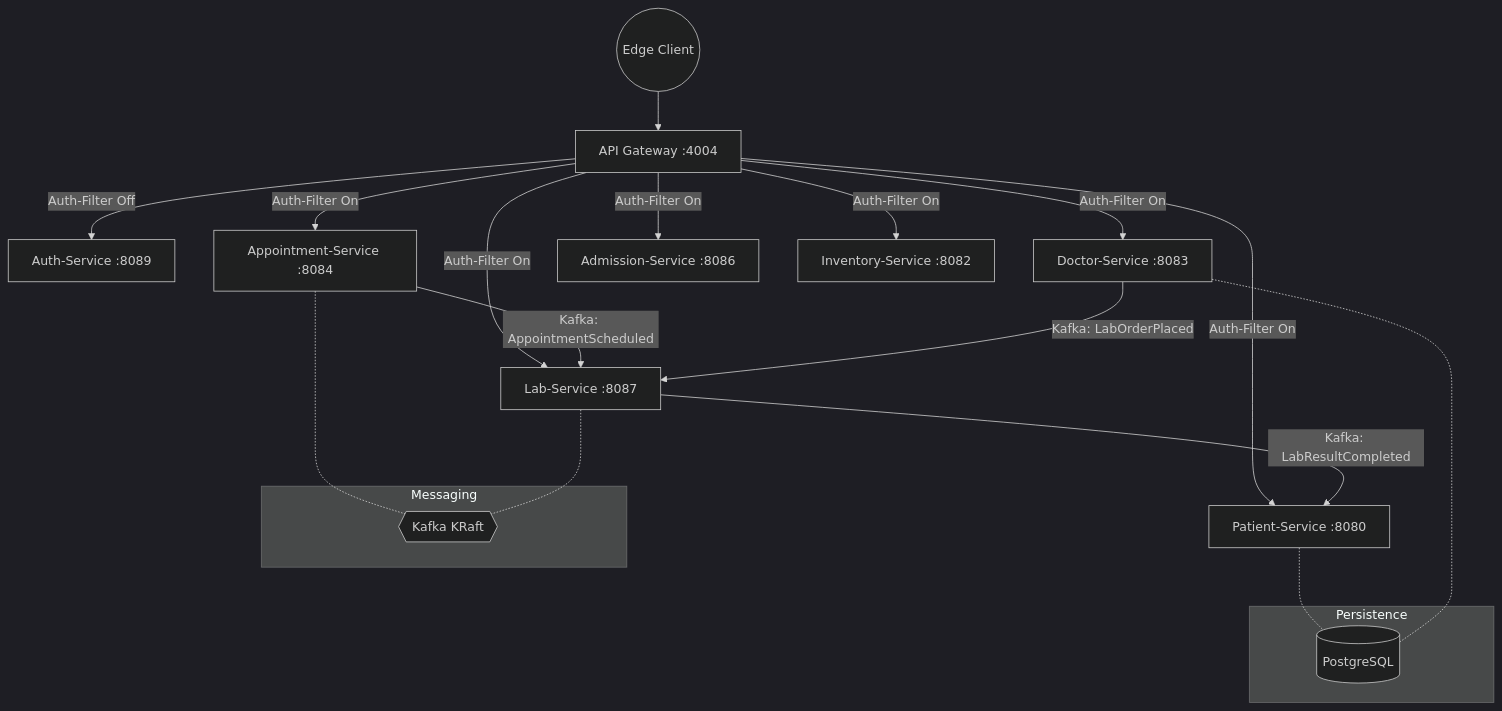
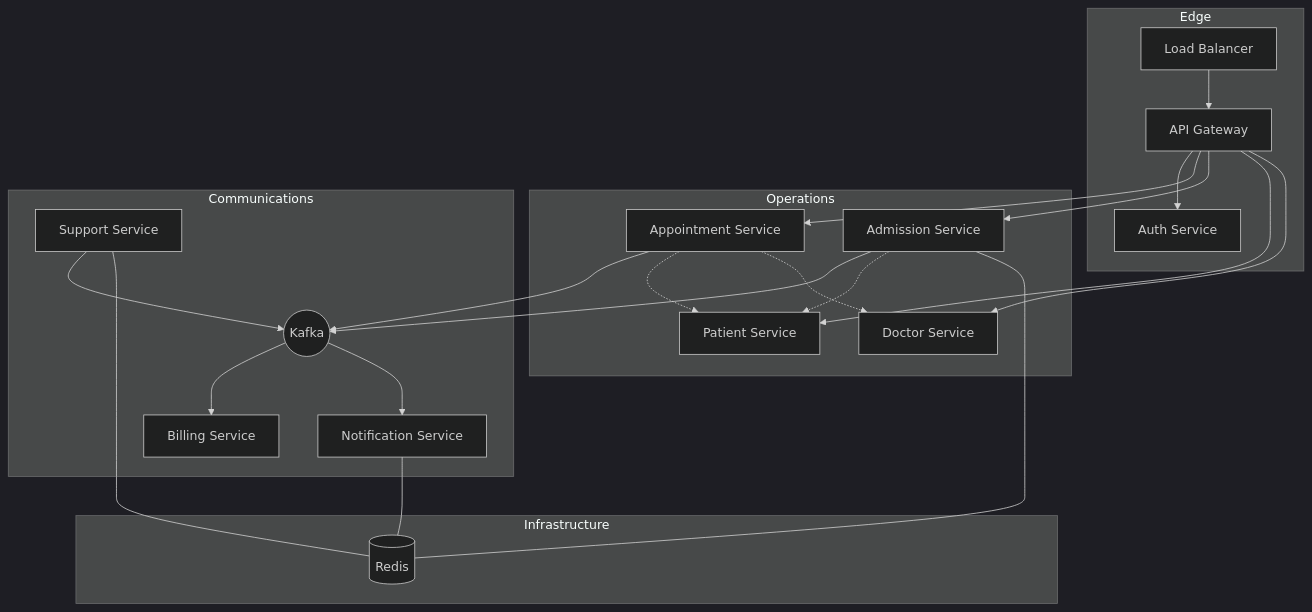
One commit to doguhanniltextra/hospital-information-system changed the diagram in README.md. Above: the diagram before and after it, drawn with Mermaid (dark theme). The commit also changed other lines of this file and 351 other files, not shown here.

Commit message:
feat: implement multi-service architecture with CQRS, gRPC, and routing data source configurations

````diff
--- a/README.md
+++ b/README.md
@@ -9,30 +16,31 @@
 ```mermaid
 graph TD
-    Client((Edge Client)) --> Gateway[API Gateway :4004]
-
-    Gateway -->|Auth-Filter Off| Auth[Auth-Service :8089]
-    Gateway -->|Auth-Filter On| Patient[Patient-Service :8080]
-    Gateway -->|Auth-Filter On| Doctor[Doctor-Service :8083]
-    Gateway -->|Auth-Filter On| Appt[Appointment-Service :8084]
-    Gateway -->|Auth-Filter On| Lab[Lab-Service :8087]
-    Gateway -->|Auth-Filter On| Admin[Admission-Service :8086]
-    Gateway -->|Auth-Filter On| Inv[Inventory-Service :8082]
-
-    %% Event-Driven Communications
-    Appt -- Kafka: AppointmentScheduled --> Lab
-    Doctor -- Kafka: LabOrderPlaced --> Lab
-    Lab -- Kafka: LabResultCompleted --> Patient
-
-    subgraph Messaging
-    Kafka{{Kafka KRaft}}
+    subgraph Edge
+        LB[Load Balancer] --> GW[API Gateway]
+        GW --> Auth[Auth Service]
     end
 
-    subgraph Persistence
-    PG[(PostgreSQL)]
+    subgraph Operations
+        GW --> AS[Appointment Service]
+        GW --> AD[Admission Service]
+        GW --> PS[Patient Service]
+        GW --> DS[Doctor Service]
     end
 
-    Appt -.- Kafka
-    Lab -.- Kafka
-    Patient -.- PG
-    Doctor -.- PG
+    subgraph Communications
+        AS --> Kafka((Kafka))
+        AD --> Kafka
+        SS[Support Service] --> Kafka
+        Kafka --> BI[Billing Service]
+        Kafka --> NO[Notification Service]
+    end
+
+    subgraph Infrastructure
+        AS -.-> PS
+        AS -.-> DS
+        AD -.-> PS
+        SS --- Redis[(Redis)]
+        AD --- Redis
+        NO --- Redis
+    end
 ```
````
